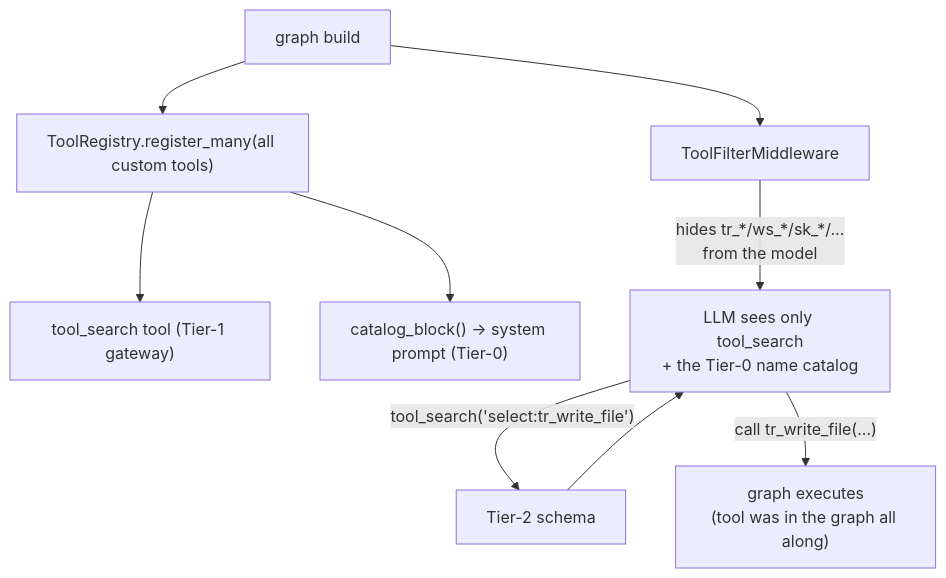
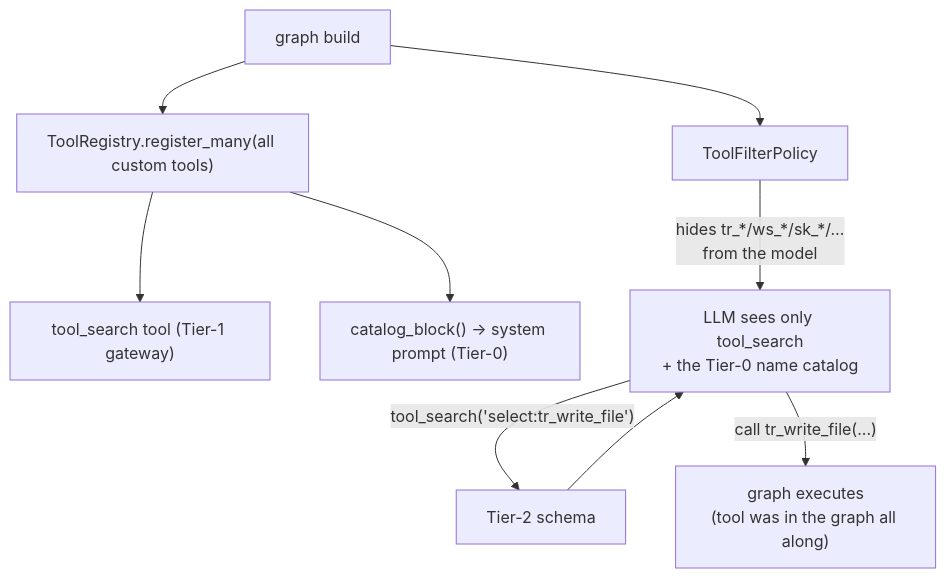
Diagram 13 of 18 in Architecture.md (Abhinav210310453045/YUYUTSAVA-backend), drawn with Mermaid before and after one commit. The commit also changed other lines of this file and 233 other files, not shown here.

````diff
--- a/Architecture.md
+++ b/Architecture.md
@@ -1117,11 +1430,11 @@
 ```mermaid
 flowchart TD
     Build["graph build"] --> Reg["ToolRegistry.register_many(all custom tools)"]
     Reg --> TS["tool_search tool (Tier-1 gateway)"]
     Reg --> Cat["catalog_block() → system prompt (Tier-0)"]
-    Build --> Filter["ToolFilterMiddleware"]
+    Build --> Filter["ToolFilterPolicy"]
     Filter -->|"hides tr_*/ws_*/sk_*/…<br/>from the model"| Model["LLM sees only tool_search<br/>+ the Tier-0 name catalog"]
     Model -->|"tool_search('select:tr_write_file')"| Schema["Tier-2 schema"]
     Schema --> Model
     Model -->|"call tr_write_file(...)"| Exec["graph executes<br/>(tool was in the graph all along)"]
 ```
````
